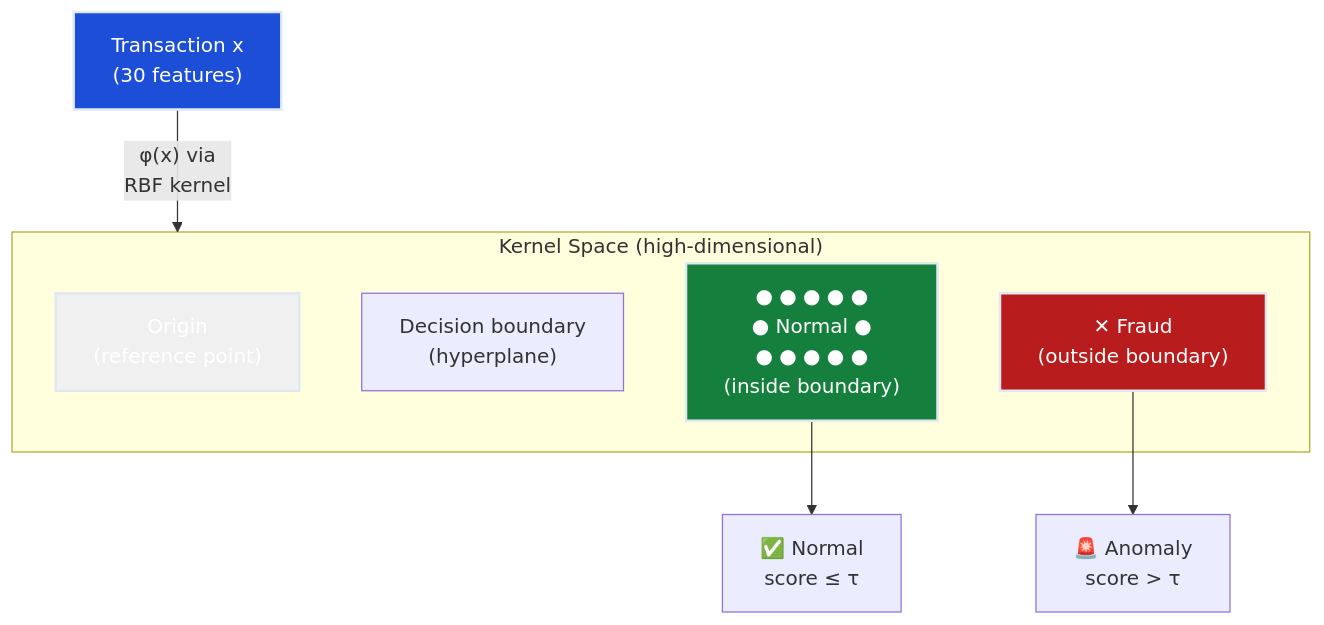
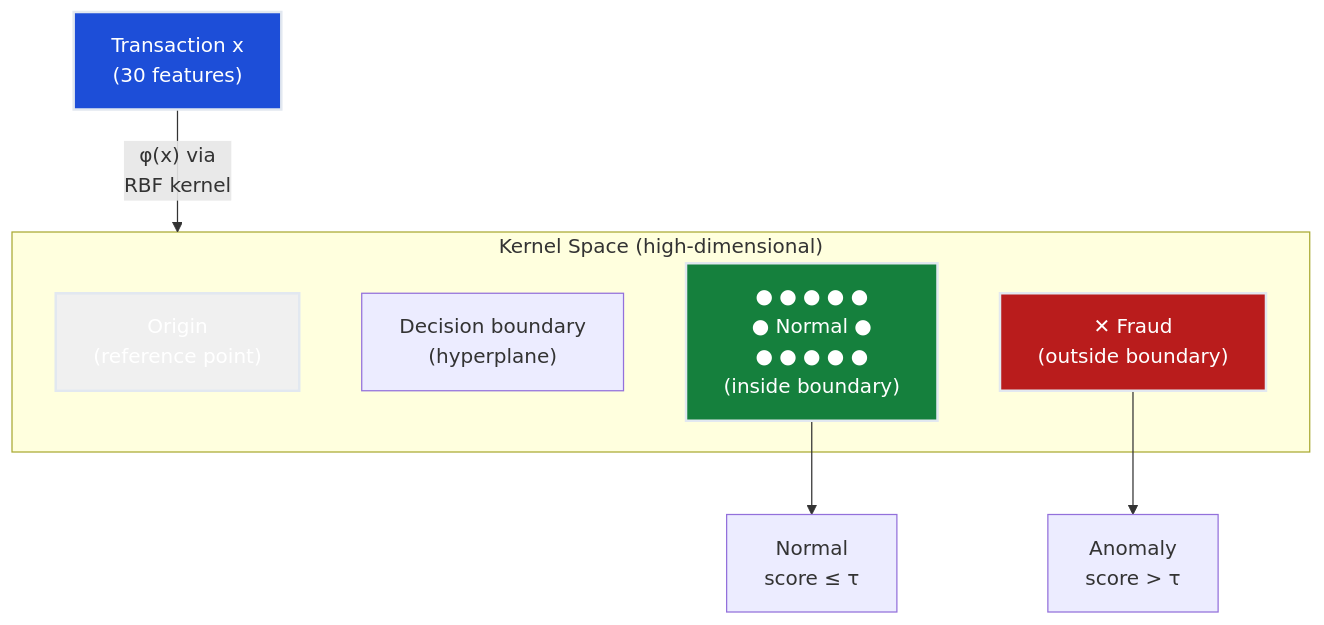
The second of 4 diagrams in notes/ML/05-AnomalyDetection/ch04-one-class-svm/README.md (deepakshamsft/ai-portfolio), drawn with Mermaid before and after one commit. The commit also changed other lines of this file and 50 other files, not shown here.

````diff
--- a/notes/ML/05-AnomalyDetection/ch04-one-class-svm/README.md
+++ b/notes/ML/05-AnomalyDetection/ch04-one-class-svm/README.md
@@ -182,18 +182,18 @@
 ```mermaid
 flowchart TD
     subgraph KERNEL["Kernel Space (high-dimensional)"]
         ORIGIN["Origin\n(reference point)"]
         BOUNDARY["Decision boundary\n(hyperplane)"]
         NORMAL["● ● ● ● ●\n● Normal ●\n● ● ● ● ●\n(inside boundary)"]
         ANOMALY["✕ Fraud\n(outside boundary)"]
     end
 
     INPUT["Transaction x\n(30 features)"] -->|"φ(x) via\nRBF kernel"| KERNEL
-    ANOMALY --> FLAG["🚨 Anomaly\nscore > τ"]
-    NORMAL --> PASS["✅ Normal\nscore ≤ τ"]
+    ANOMALY --> FLAG["Anomaly\nscore > τ"]
+    NORMAL --> PASS["Normal\nscore ≤ τ"]
 
     style ORIGIN fill:#f0f0f0,stroke:#e2e8f0,stroke-width:2px,color:#ffffff
     style NORMAL fill:#15803d,stroke:#e2e8f0,stroke-width:2px,color:#ffffff
     style ANOMALY fill:#b91c1c,stroke:#e2e8f0,stroke-width:2px,color:#ffffff
     style INPUT fill:#1d4ed8,stroke:#e2e8f0,stroke-width:2px,color:#ffffff
 ```
````
